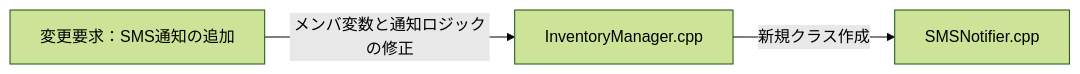
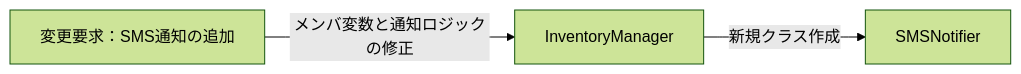
One commit to kumachan1101-pixel/DesignPattern changed the second of 5 diagrams in kindle/design-patterns/output/chapter07.md. Above: the diagram before and after it, drawn with Mermaid (forest theme). The commit also changed other lines of this file and 8 other files, not shown here.

````diff
--- a/kindle/design-patterns/output/chapter07.md
+++ b/kindle/design-patterns/output/chapter07.md
@@ -293,6 +293,6 @@
 ```mermaid
 graph LR
-    T1["変更要求：SMS通知の追加"] -->|"メンバ変数と通知ロジックの修正"| A["InventoryManager.cpp"]
-    A -->|"新規クラス作成"| B["SMSNotifier.cpp"]
+    T1["変更要求：SMS通知の追加"] -->|"メンバ変数と通知ロジックの修正"| A["InventoryManager"]
+    A -->|"新規クラス作成"| B["SMSNotifier"]
 
 ```
````
